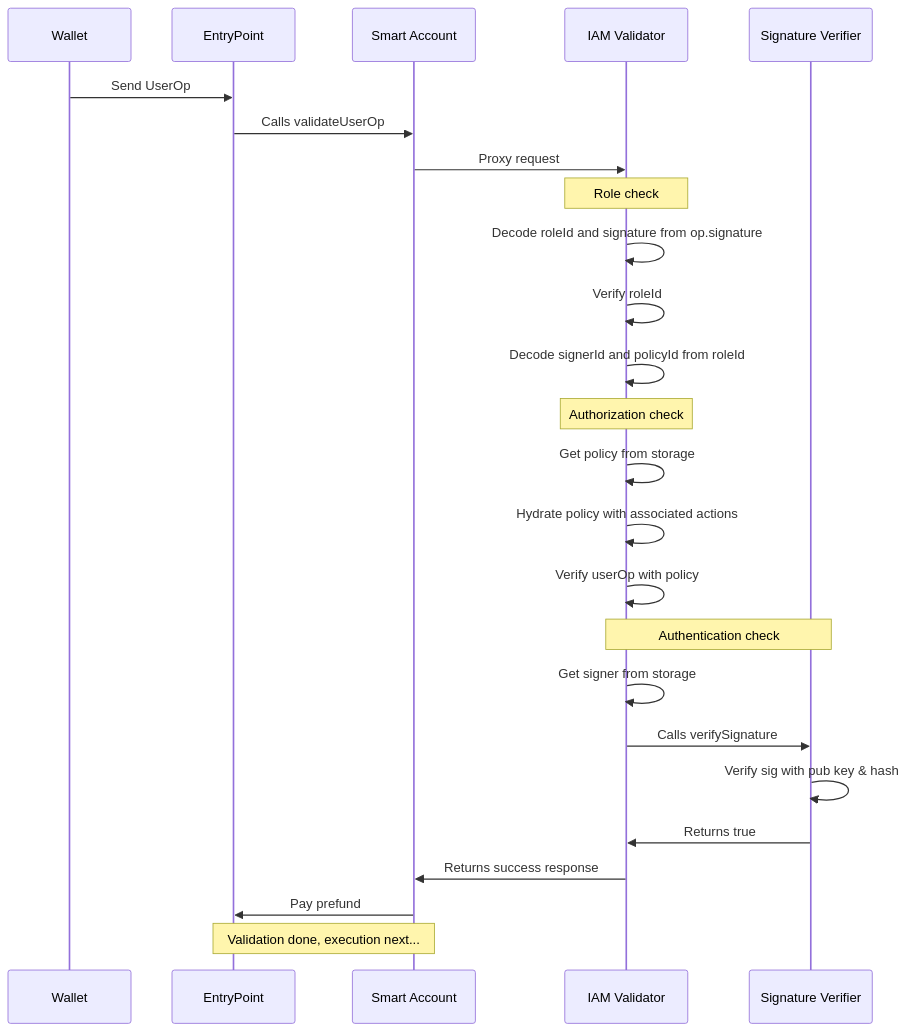
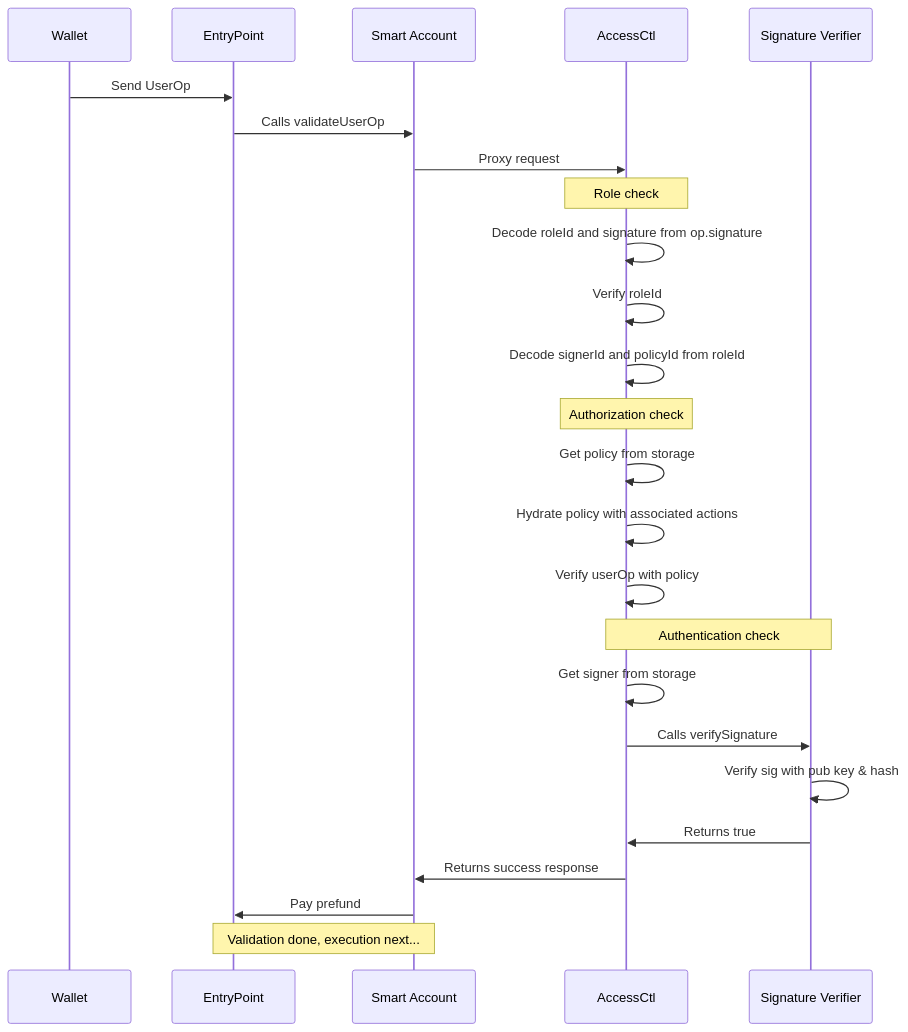
One commit to stackup-wallet/accessctl changed the first of 2 diagrams in README.md. Above: the diagram before and after it, drawn with Mermaid. The commit also changed other lines of this file and 12 other files, not shown here.

````diff
--- a/README.md
+++ b/README.md
@@ -23,22 +25,22 @@
 ```mermaid
 sequenceDiagram
     Wallet->>EntryPoint:Send UserOp
     EntryPoint->>Smart Account: Calls validateUserOp
-    Smart Account->>IAM Validator: Proxy request
-    Note over IAM Validator: Role check
-    IAM Validator->>IAM Validator: Decode roleId and signature from op.signature
-    IAM Validator->>IAM Validator: Verify roleId
-    IAM Validator->>IAM Validator: Decode signerId and policyId from roleId
-    Note over IAM Validator: Authorization check
-    IAM Validator->>IAM Validator: Get policy from storage
-    IAM Validator->>IAM Validator: Hydrate policy with associated actions
-    IAM Validator->>IAM Validator: Verify userOp with policy
-    Note over IAM Validator,Signature Verifier: Authentication check
-    IAM Validator->>IAM Validator: Get signer from storage
-    IAM Validator->>Signature Verifier: Calls verifySignature
+    Smart Account->>AccessCtl: Proxy request
+    Note over AccessCtl: Role check
+    AccessCtl->>AccessCtl: Decode roleId and signature from op.signature
+    AccessCtl->>AccessCtl: Verify roleId
+    AccessCtl->>AccessCtl: Decode signerId and policyId from roleId
+    Note over AccessCtl: Authorization check
+    AccessCtl->>AccessCtl: Get policy from storage
+    AccessCtl->>AccessCtl: Hydrate policy with associated actions
+    AccessCtl->>AccessCtl: Verify userOp with policy
+    Note over AccessCtl,Signature Verifier: Authentication check
+    AccessCtl->>AccessCtl: Get signer from storage
+    AccessCtl->>Signature Verifier: Calls verifySignature
     Signature Verifier->>Signature Verifier: Verify sig with pub key & hash
-    Signature Verifier->>IAM Validator: Returns true
-    IAM Validator->>Smart Account: Returns success response
+    Signature Verifier->>AccessCtl: Returns true
+    AccessCtl->>Smart Account: Returns success response
     Smart Account->>EntryPoint: Pay prefund
     Note over EntryPoint,Smart Account: Validation done, execution next...
 ```
````
